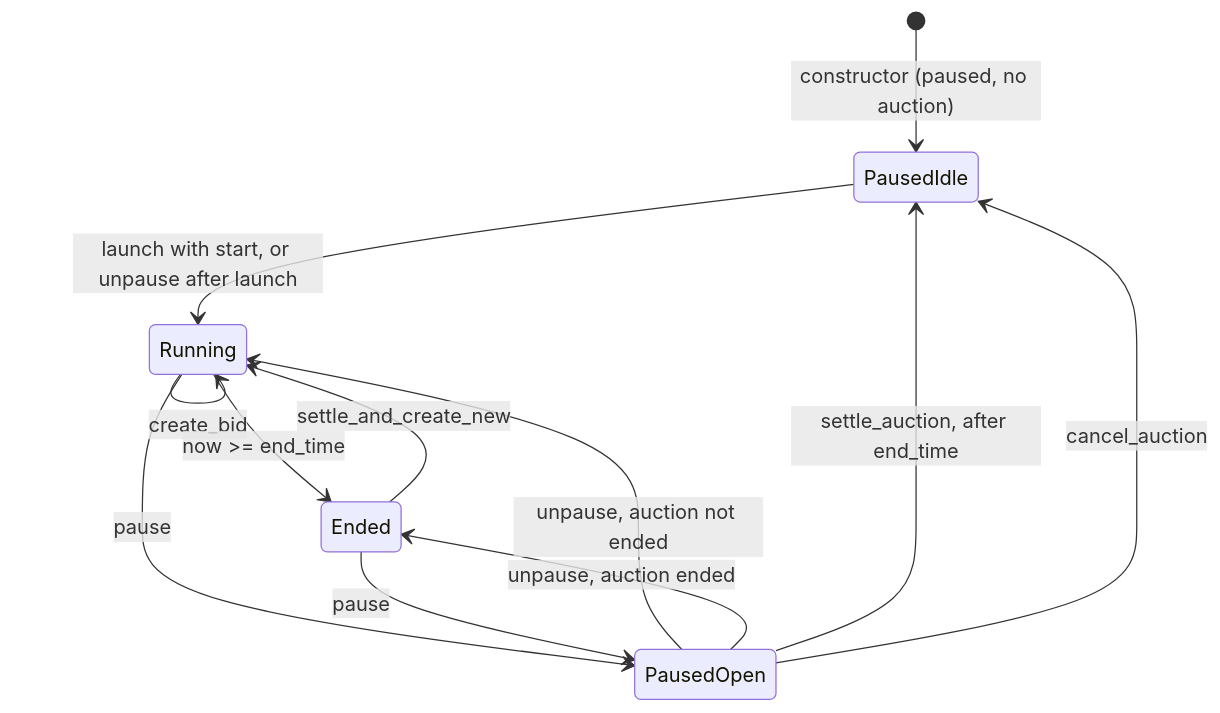
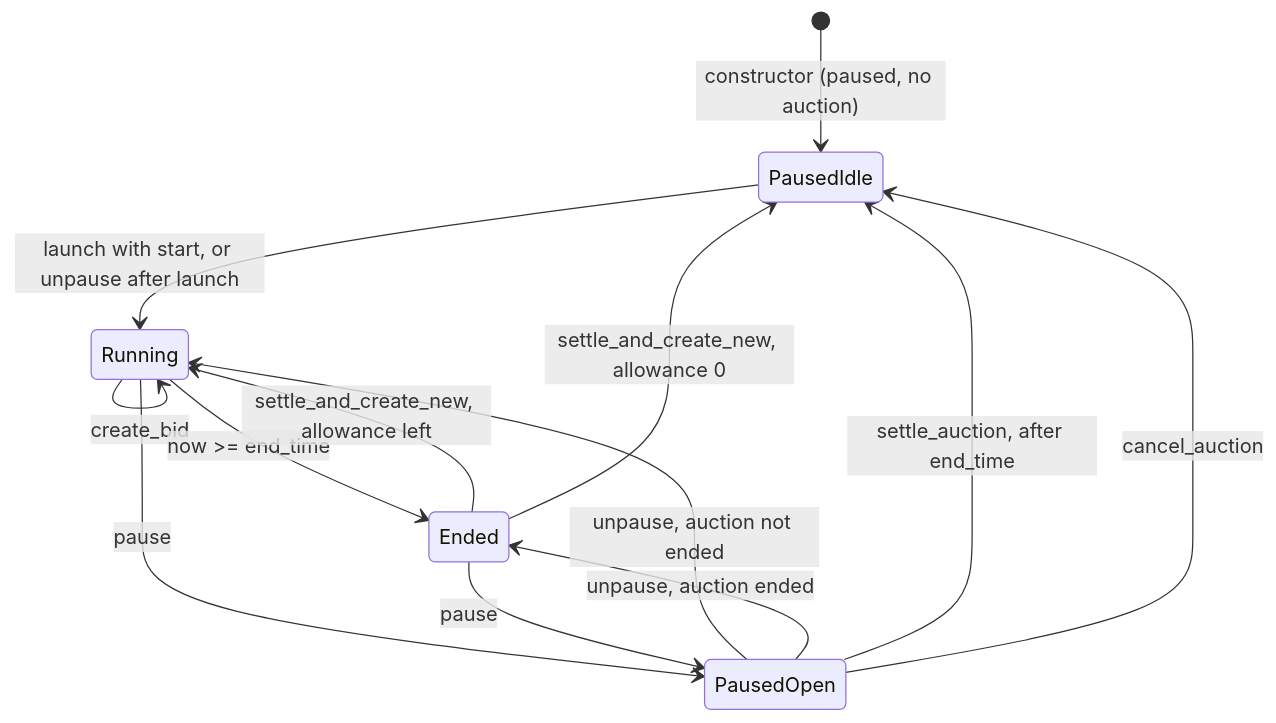
One commit to BuilderOSS/builder-stellar changed the sixth of 8 diagrams in docs/audit/STATE_MACHINES.md. Above: the diagram before and after it, drawn with Mermaid. The commit also changed other lines of this file and 5 other files, not shown here.

````diff
--- a/docs/audit/STATE_MACHINES.md
+++ b/docs/audit/STATE_MACHINES.md
@@ -144,14 +177,15 @@
 ```mermaid
 stateDiagram-v2
     [*] --> PausedIdle: constructor (paused, no auction)
     PausedIdle --> Running: launch with start, or unpause after launch
     Running --> Running: create_bid
     Running --> Ended: now >= end_time
-    Ended --> Running: settle_and_create_new
+    Ended --> Running: settle_and_create_new, allowance left
+    Ended --> PausedIdle: settle_and_create_new, allowance 0
     Running --> PausedOpen: pause
     Ended --> PausedOpen: pause
     PausedOpen --> Running: unpause, auction not ended
     PausedOpen --> Ended: unpause, auction ended
     PausedOpen --> PausedIdle: settle_auction, after end_time
     PausedOpen --> PausedIdle: cancel_auction
 ```
````
